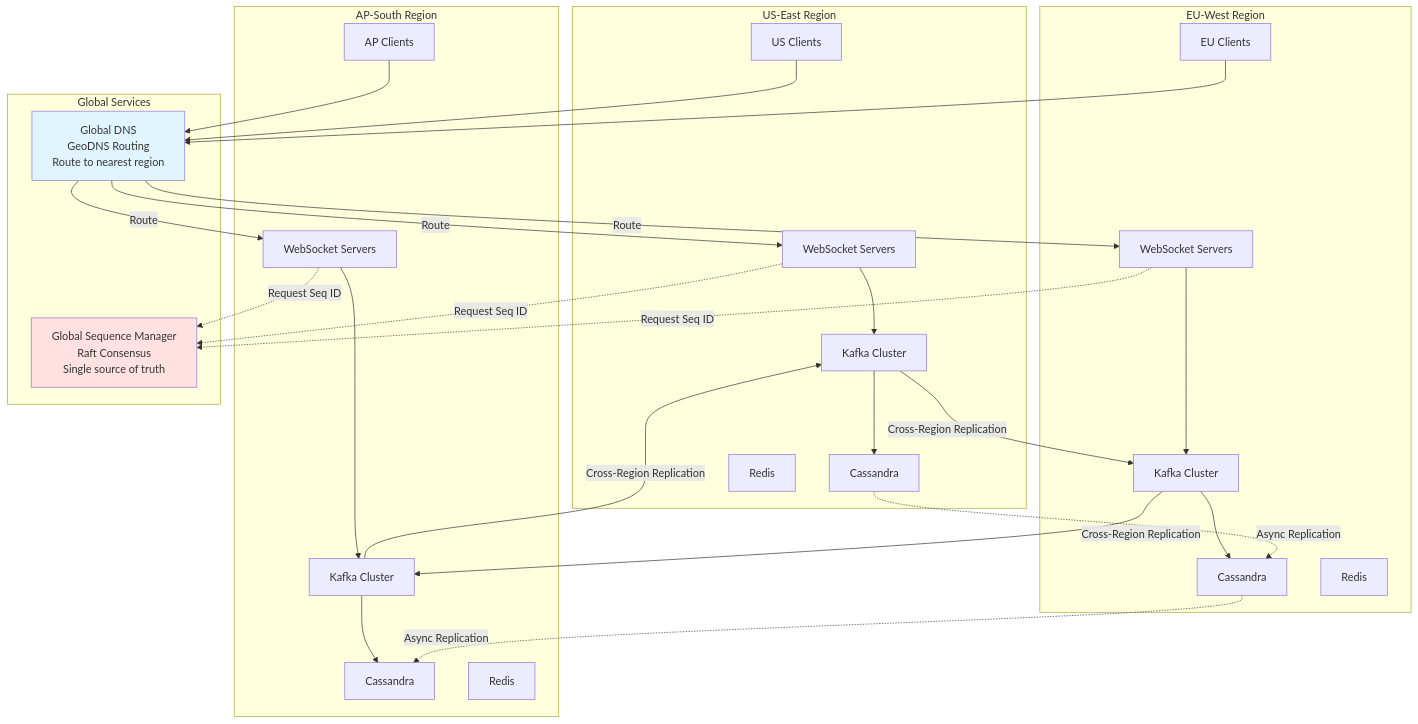
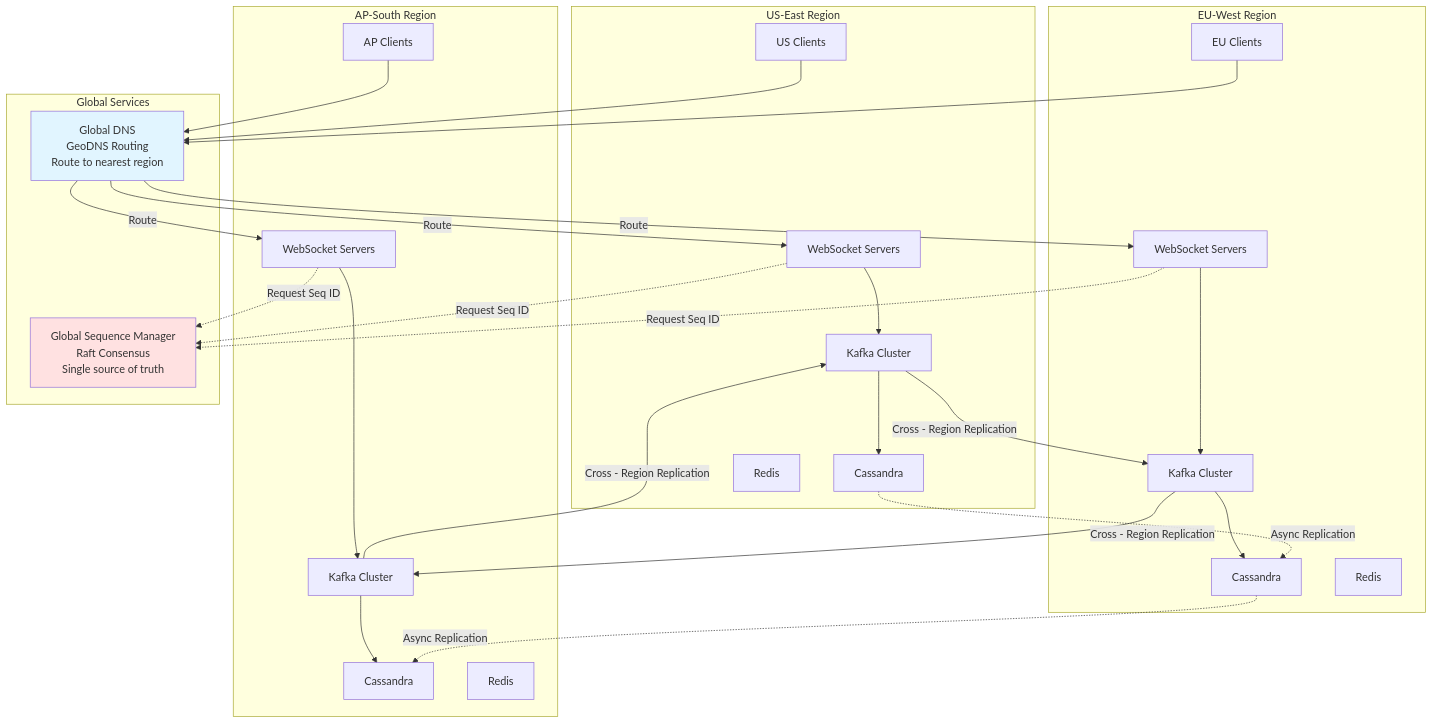
The tenth of 12 diagrams in 03-challenges/3.3.1-live-chat-system/hld-diagram.md (piyush7199/hld-architecture-handbook), drawn with Mermaid before and after one commit. The commit also changed other lines of this file and 23 other files, not shown here.

````diff
--- a/03-challenges/3.3.1-live-chat-system/hld-diagram.md
+++ b/03-challenges/3.3.1-live-chat-system/hld-diagram.md
@@ -839,61 +796,54 @@
 ```mermaid
 graph TB
     subgraph "US-East Region"
         US_CLIENT[US Clients]
         US_WS[WebSocket Servers]
         US_KAFKA[Kafka Cluster]
         US_CASS[Cassandra]
         US_REDIS[Redis]
     end
-    
+
     subgraph "EU-West Region"
         EU_CLIENT[EU Clients]
         EU_WS[WebSocket Servers]
         EU_KAFKA[Kafka Cluster]
         EU_CASS[Cassandra]
         EU_REDIS[Redis]
     end
-    
+
     subgraph "AP-South Region"
         AP_CLIENT[AP Clients]
         AP_WS[WebSocket Servers]
         AP_KAFKA[Kafka Cluster]
         AP_CASS[Cassandra]
         AP_REDIS[Redis]
     end
-    
+
     subgraph "Global Services"
         GLOBAL_SEQ[Global Sequence Manager<br/>Raft Consensus<br/>Single source of truth]
         GLOBAL_DNS[Global DNS<br/>GeoDNS Routing<br/>Route to nearest region]
     end
-    
+
     US_CLIENT --> GLOBAL_DNS
     EU_CLIENT --> GLOBAL_DNS
     AP_CLIENT --> GLOBAL_DNS
-    
     GLOBAL_DNS -->|Route| US_WS
     GLOBAL_DNS -->|Route| EU_WS
     GLOBAL_DNS -->|Route| AP_WS
-    
     US_WS --> US_KAFKA
     EU_WS --> EU_KAFKA
     AP_WS --> AP_KAFKA
-    
-    US_KAFKA -->|Cross-Region Replication| EU_KAFKA
-    EU_KAFKA -->|Cross-Region Replication| AP_KAFKA
-    AP_KAFKA -->|Cross-Region Replication| US_KAFKA
-    
-    US_WS -.Request Seq ID.-> GLOBAL_SEQ
-    EU_WS -.Request Seq ID.-> GLOBAL_SEQ
-    AP_WS -.Request Seq ID.-> GLOBAL_SEQ
-    
+    US_KAFKA -->|Cross - Region Replication| EU_KAFKA
+    EU_KAFKA -->|Cross - Region Replication| AP_KAFKA
+    AP_KAFKA -->|Cross - Region Replication| US_KAFKA
+    US_WS -. Request Seq ID .-> GLOBAL_SEQ
+    EU_WS -. Request Seq ID .-> GLOBAL_SEQ
+    AP_WS -. Request Seq ID .-> GLOBAL_SEQ
     US_KAFKA --> US_CASS
     EU_KAFKA --> EU_CASS
     AP_KAFKA --> AP_CASS
-    
-    US_CASS -.Async Replication.-> EU_CASS
-    EU_CASS -.Async Replication.-> AP_CASS
-    
-    style GLOBAL_SEQ fill:#ffe1e1
-    style GLOBAL_DNS fill:#e1f5ff
+    US_CASS -. Async Replication .-> EU_CASS
+    EU_CASS -. Async Replication .-> AP_CASS
+    style GLOBAL_SEQ fill: #ffe1e1
+    style GLOBAL_DNS fill: #e1f5ff
 ```
````
